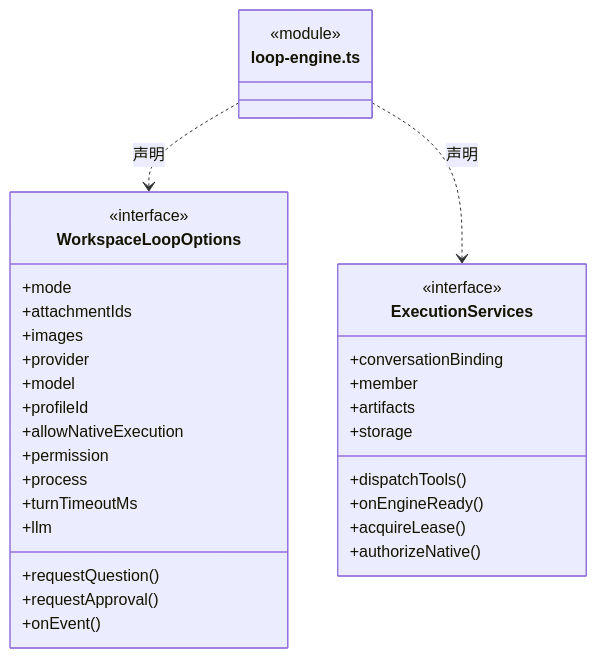
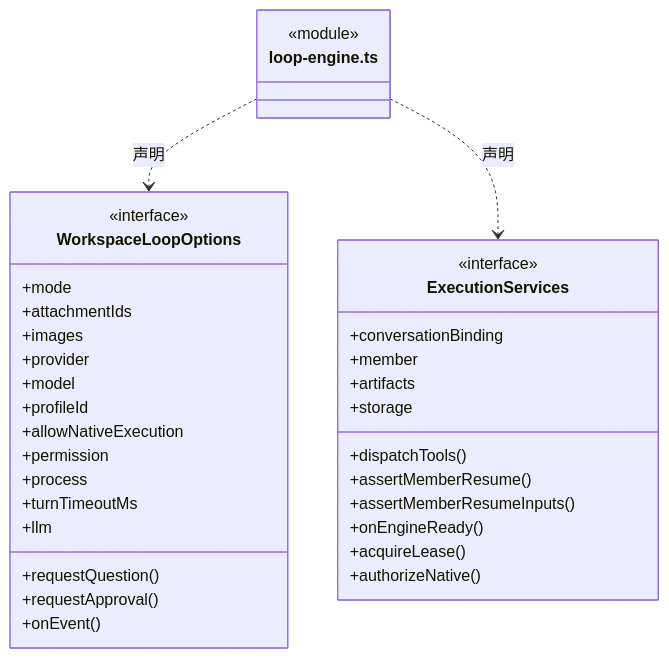
Diagram 18 of 56 in src/backend/scheduler-engine/execution/ARCHITECTURE.md (nan023062/cbim), drawn with Mermaid before and after one commit. The commit also changed other lines of this file and 85 other files, not shown here.

````diff
--- a/src/backend/scheduler-engine/execution/ARCHITECTURE.md
+++ b/src/backend/scheduler-engine/execution/ARCHITECTURE.md
@@ -503,36 +505,38 @@
 ```mermaid
 classDiagram
 class N_src_backend_scheduler_engine_execution_loop_engine_ts["loop-engine.ts"] {
   <<module>>
 }
 class N_src_backend_scheduler_engine_execution_loop_engine_ts_WorkspaceLoopOptions["WorkspaceLoopOptions"] {
   <<interface>>
   +mode
   +attachmentIds
   +images
   +provider
   +model
   +profileId
   +allowNativeExecution
   +permission
   +requestQuestion()
   +requestApproval()
   +process
   +turnTimeoutMs
   +onEvent()
   +llm
 }
 N_src_backend_scheduler_engine_execution_loop_engine_ts ..> N_src_backend_scheduler_engine_execution_loop_engine_ts_WorkspaceLoopOptions : 声明
 class N_src_backend_scheduler_engine_execution_loop_engine_ts_ExecutionServices["ExecutionServices"] {
   <<interface>>
   +conversationBinding
   +dispatchTools()
   +member
   +artifacts
+  +assertMemberResume()
+  +assertMemberResumeInputs()
   +onEngineReady()
   +storage
   +acquireLease()
   +authorizeNative()
 }
 N_src_backend_scheduler_engine_execution_loop_engine_ts ..> N_src_backend_scheduler_engine_execution_loop_engine_ts_ExecutionServices : 声明
 ```
````
